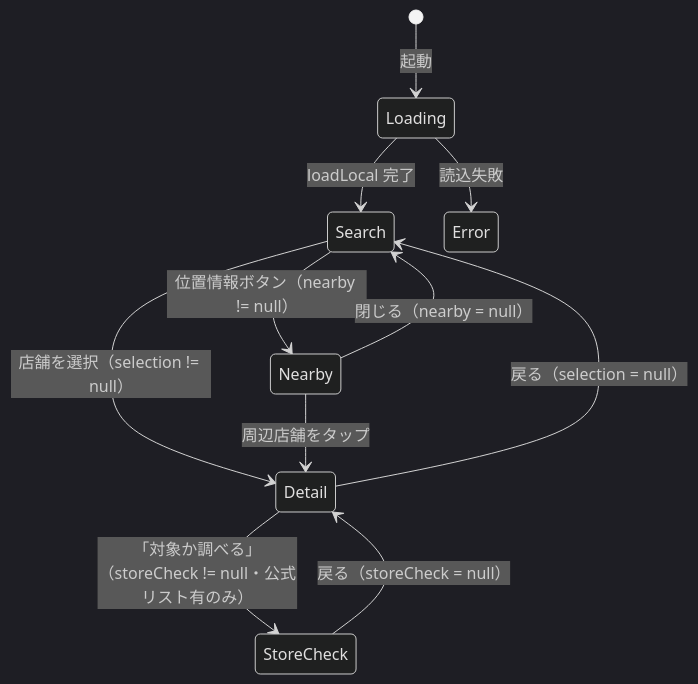
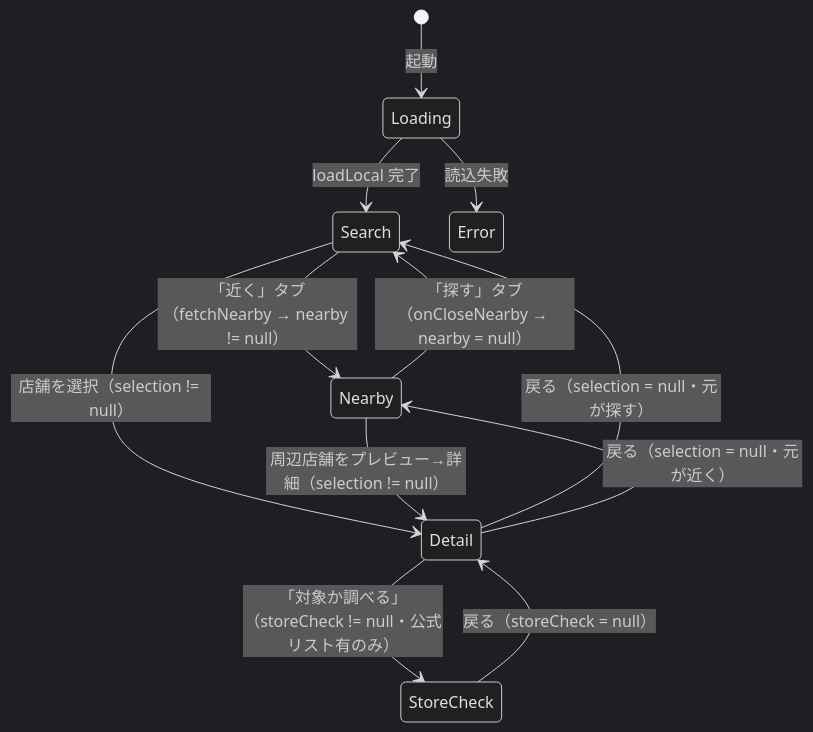
Before and after one commit to ktakjm/poikatsu: the fifth of 6 diagrams in docs/code-guide.md, drawn with Mermaid (dark theme). The commit also changed other lines of this file and 4 other files, not shown here.

````diff
--- a/docs/code-guide.md
+++ b/docs/code-guide.md
@@ -268,13 +268,14 @@
 ```mermaid
 stateDiagram-v2
     [*] --> Loading: 起動
     Loading --> Search: loadLocal 完了
     Loading --> Error: 読込失敗
+    Search --> Nearby: 「近く」タブ（fetchNearby → nearby != null）
+    Nearby --> Search: 「探す」タブ（onCloseNearby → nearby = null）
     Search --> Detail: 店舗を選択（selection != null）
-    Search --> Nearby: 位置情報ボタン（nearby != null）
-    Nearby --> Detail: 周辺店舗をタップ
+    Nearby --> Detail: 周辺店舗をプレビュー→詳細（selection != null）
     Detail --> StoreCheck: 「対象か調べる」（storeCheck != null・公式リスト有のみ）
     StoreCheck --> Detail: 戻る（storeCheck = null）
-    Detail --> Search: 戻る（selection = null）
-    Nearby --> Search: 閉じる（nearby = null）
+    Detail --> Search: 戻る（selection = null・元が探す）
+    Detail --> Nearby: 戻る（selection = null・元が近く）
 ```
````
